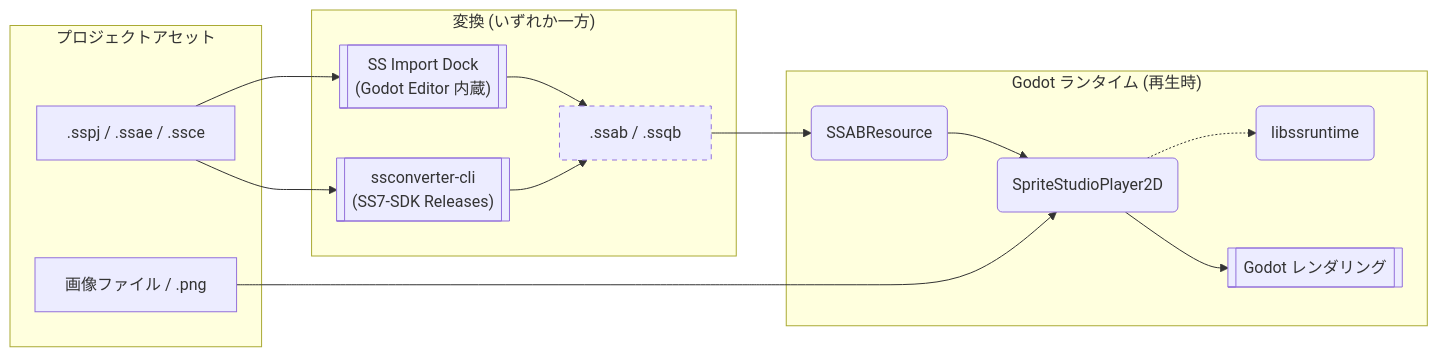
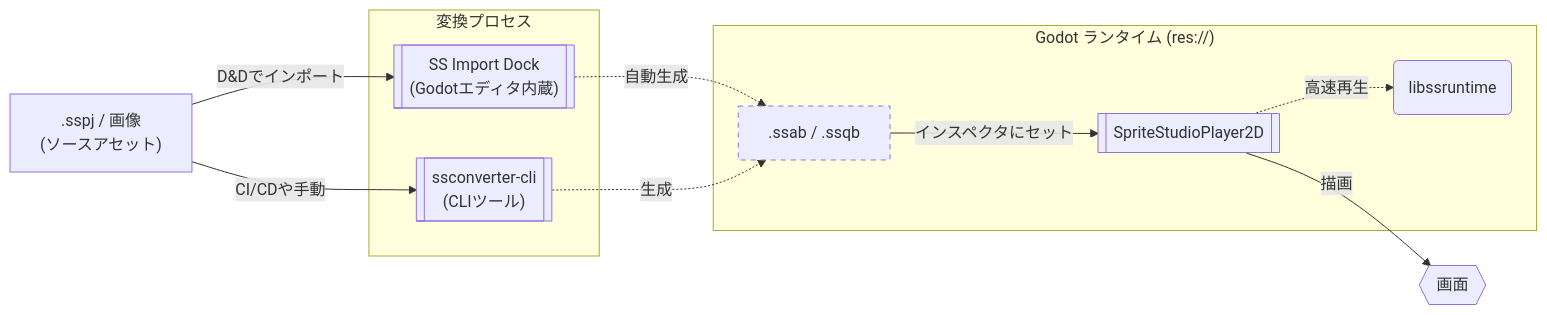
Before and after one commit to SpriteStudio/SSPlayerForGodot: the diagram in docs/ja/index.md, drawn with Mermaid. The commit also changed other lines of this file and 16 other files, not shown here.

````diff
--- a/docs/ja/index.md
+++ b/docs/ja/index.md
@@ -26,27 +26,27 @@
 ```mermaid
 graph LR
-    subgraph Assets ["プロジェクトアセット"]
-        SS[" .sspj / .ssae / .ssce "]
-        IMG[" 画像ファイル / .png "]
+    SS[" .sspj / 画像<br>(ソースアセット) "]
+
+    subgraph Convert ["変換プロセス"]
+        DOCK[[" SS Import Dock<br>(Godotエディタ内蔵) "]]
+        CLI[[" ssconverter-cli<br>(CLIツール) "]]
     end
 
-    subgraph Convert ["変換 (いずれか一方)"]
-        DOCK[[" SS Import Dock<br>(Godot Editor 内蔵) "]]
-        CLI[[" ssconverter-cli<br>(SS7-SDK Releases) "]]
-        SS --> DOCK
-        SS --> CLI
-        DOCK --> BIN[" .ssab / .ssqb "]
-        CLI --> BIN
+    subgraph Godot ["Godot ランタイム (res://)"]
+        BIN[" .ssab / .ssqb "]
+        NODE[[ SpriteStudioPlayer2D ]]
+        RT(" libssruntime ")
     end
 
-    subgraph Runtime ["Godot ランタイム (再生時)"]
-        BIN --> RES(" SSABResource ")
-        RES --> NODE(" SpriteStudioPlayer2D ")
-        NODE -.-> RT(" libssruntime ")
-        IMG --> NODE
-        NODE --> RENDER[[" Godot レンダリング "]]
-    end
+    SS -- "D&Dでインポート" --> DOCK
+    SS -- "CI/CDや手動" --> CLI
+    DOCK -. "自動生成" .-> BIN
+    CLI -. "生成" .-> BIN
+    
+    BIN -- "インスペクタにセット" --> NODE
+    NODE -. "高速再生" .-> RT
+    NODE -- "描画" --> RENDER{{" 画面 "}}
 
     classDef generated stroke-dasharray: 5 5;
     class BIN generated;
 ```
````
